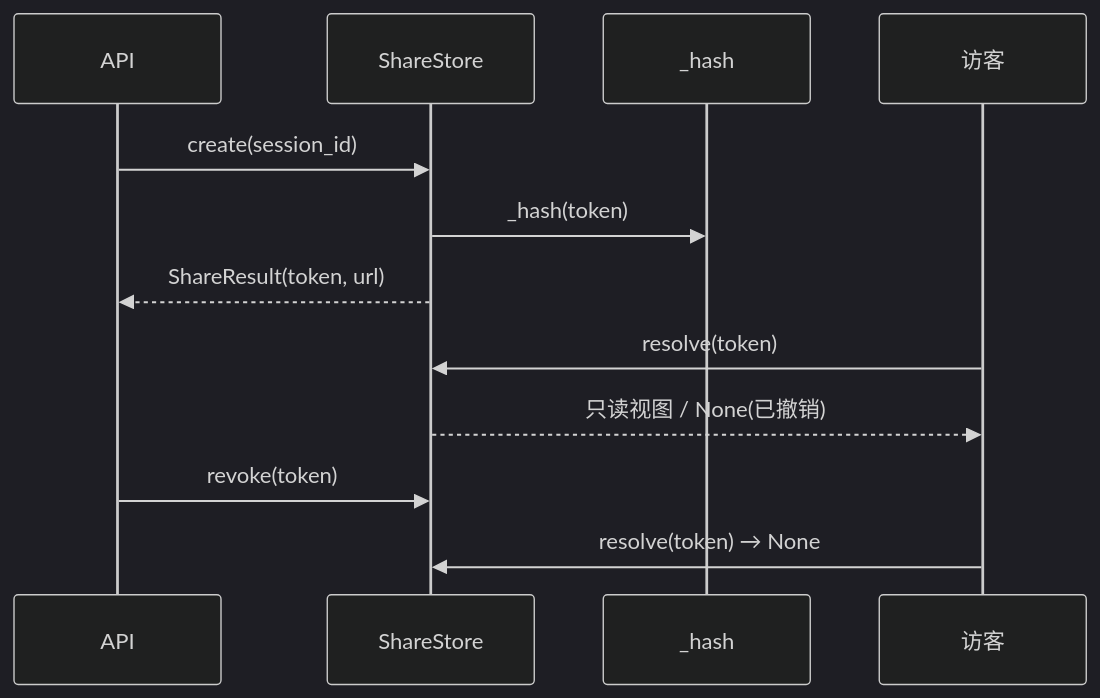
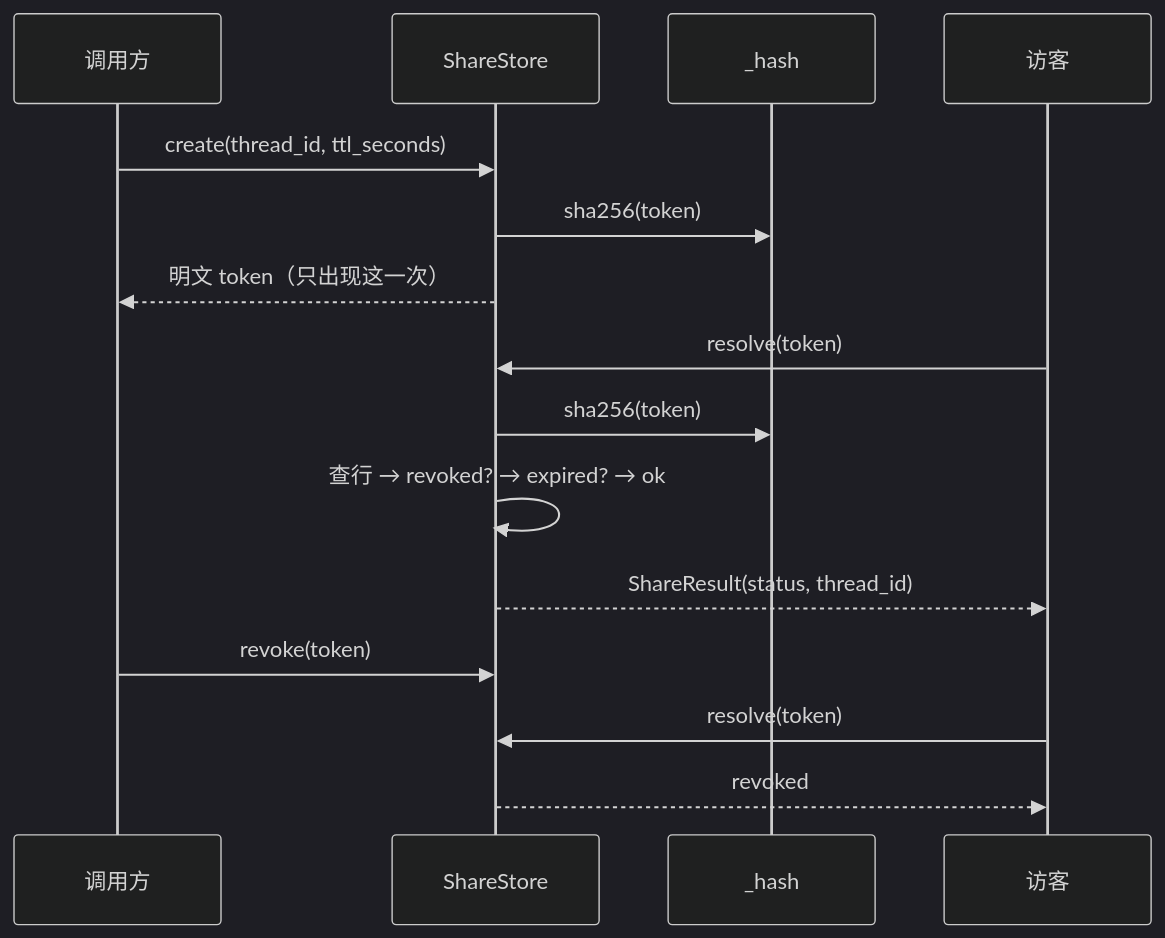
Before and after one commit to G0-000/agent-book: the diagram in work-agent-harness/doc/evoflow-学习规划/02-持久化与运行生命周期/04-分享生命周期.md, drawn with Mermaid (dark theme). The commit also changed other lines of this file and 4 other files, not shown here.

````diff
--- a/work-agent-harness/doc/evoflow-学习规划/02-持久化与运行生命周期/04-分享生命周期.md
+++ b/work-agent-harness/doc/evoflow-学习规划/02-持久化与运行生命周期/04-分享生命周期.md
@@ -13,14 +45,17 @@
 ```mermaid
 sequenceDiagram
-    participant A as API
+    participant A as 调用方
     participant S as ShareStore
     participant H as _hash
     participant V as 访客
-    A->>S: create(session_id)
-    S->>H: _hash(token)
-    S-->>A: ShareResult(token, url)
+    A->>S: create(thread_id, ttl_seconds)
+    S->>H: sha256(token)
+    S-->>A: 明文 token（只出现这一次）
     V->>S: resolve(token)
-    S-->>V: 只读视图 / None(已撤销)
+    S->>H: sha256(token)
+    S->>S: 查行 → revoked? → expired? → ok
+    S-->>V: ShareResult(status, thread_id)
     A->>S: revoke(token)
-    V->>S: resolve(token) → None
+    V->>S: resolve(token)
+    S-->>V: revoked
 ```
````
